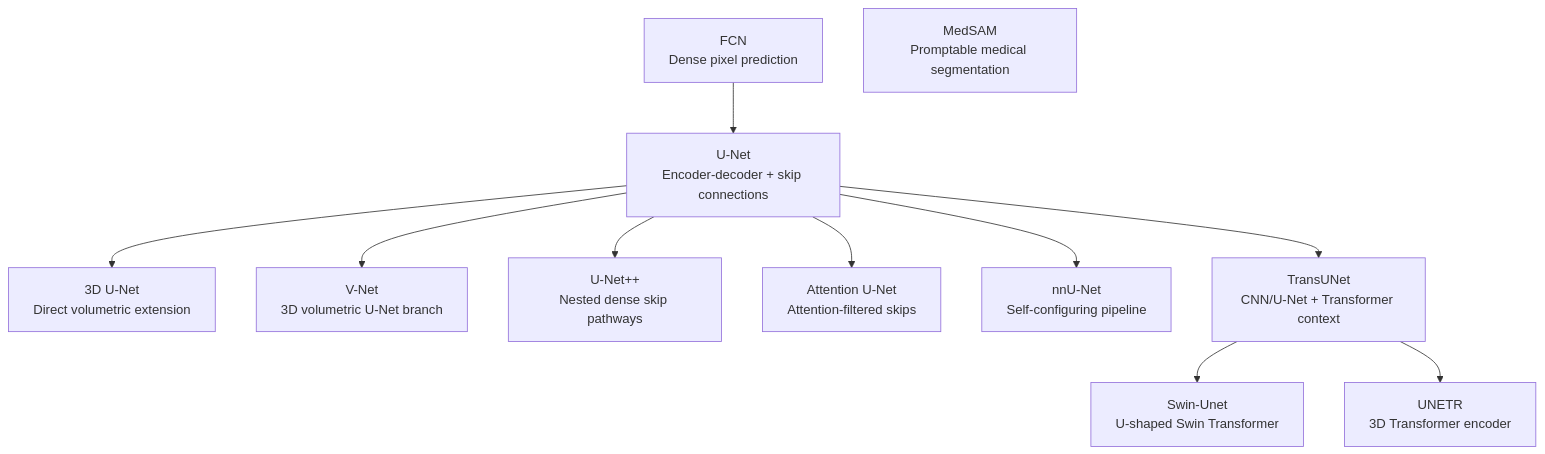
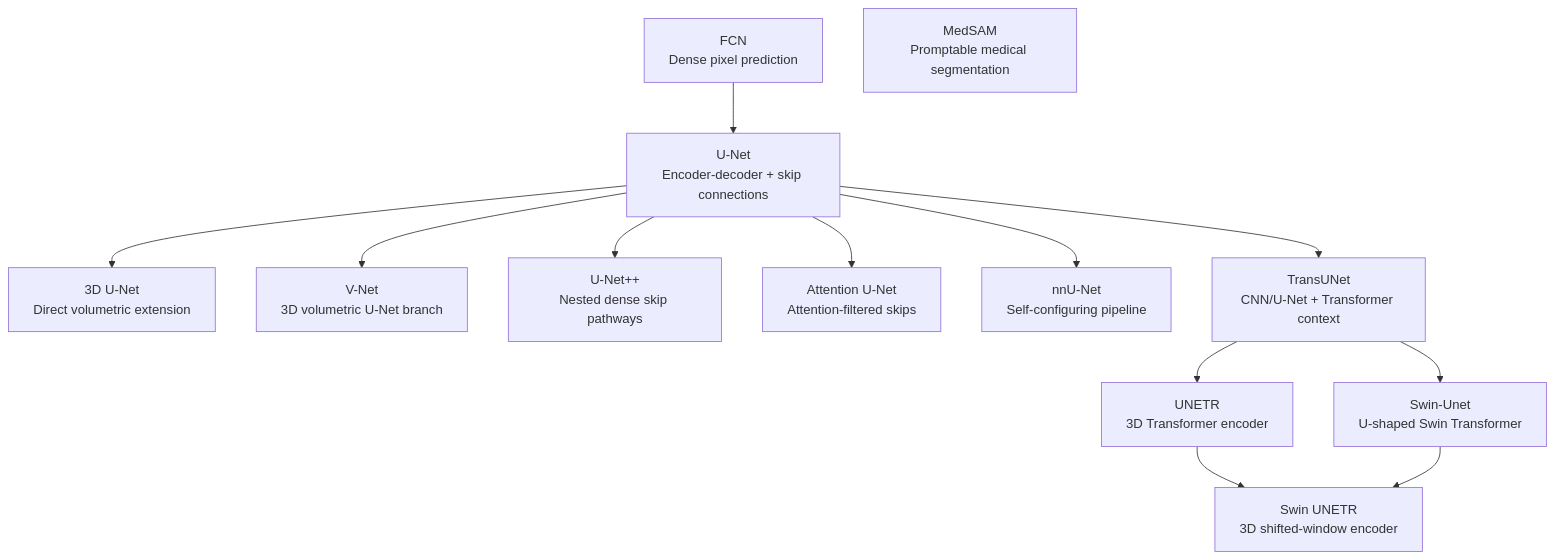
The diagram in docs/evolution/lineage.md (LeonSilva15/medical-image-segmentation-architectures), drawn with Mermaid before and after one commit. The commit also changed other lines of this file and 6 other files, not shown here.

Commit message:
docs(swin-unetr): add reference-only coverage

````diff
--- a/docs/evolution/lineage.md
+++ b/docs/evolution/lineage.md
@@ -7,25 +7,28 @@
 ```mermaid
 graph TD
     FCN["FCN<br/>Dense pixel prediction"]
     UNet["U-Net<br/>Encoder-decoder + skip connections"]
     UNet3D["3D U-Net<br/>Direct volumetric extension"]
     VNet["V-Net<br/>3D volumetric U-Net branch"]
     UNetPP["U-Net++<br/>Nested dense skip pathways"]
     AttUNet["Attention U-Net<br/>Attention-filtered skips"]
     nnUNet["nnU-Net<br/>Self-configuring pipeline"]
     TransUNet["TransUNet<br/>CNN/U-Net + Transformer context"]
     SwinUnet["Swin-Unet<br/>U-shaped Swin Transformer"]
     UNETR["UNETR<br/>3D Transformer encoder"]
+    SwinUNETR["Swin UNETR<br/>3D shifted-window encoder"]
     MedSAM["MedSAM<br/>Promptable medical segmentation"]
 
     FCN --> UNet
     UNet --> UNet3D
     UNet --> VNet
     UNet --> UNetPP
     UNet --> AttUNet
     UNet --> nnUNet
     UNet --> TransUNet
     TransUNet --> SwinUnet
     TransUNet --> UNETR
+    UNETR --> SwinUNETR
+    SwinUnet --> SwinUNETR
     MedSAM
 ```
````
